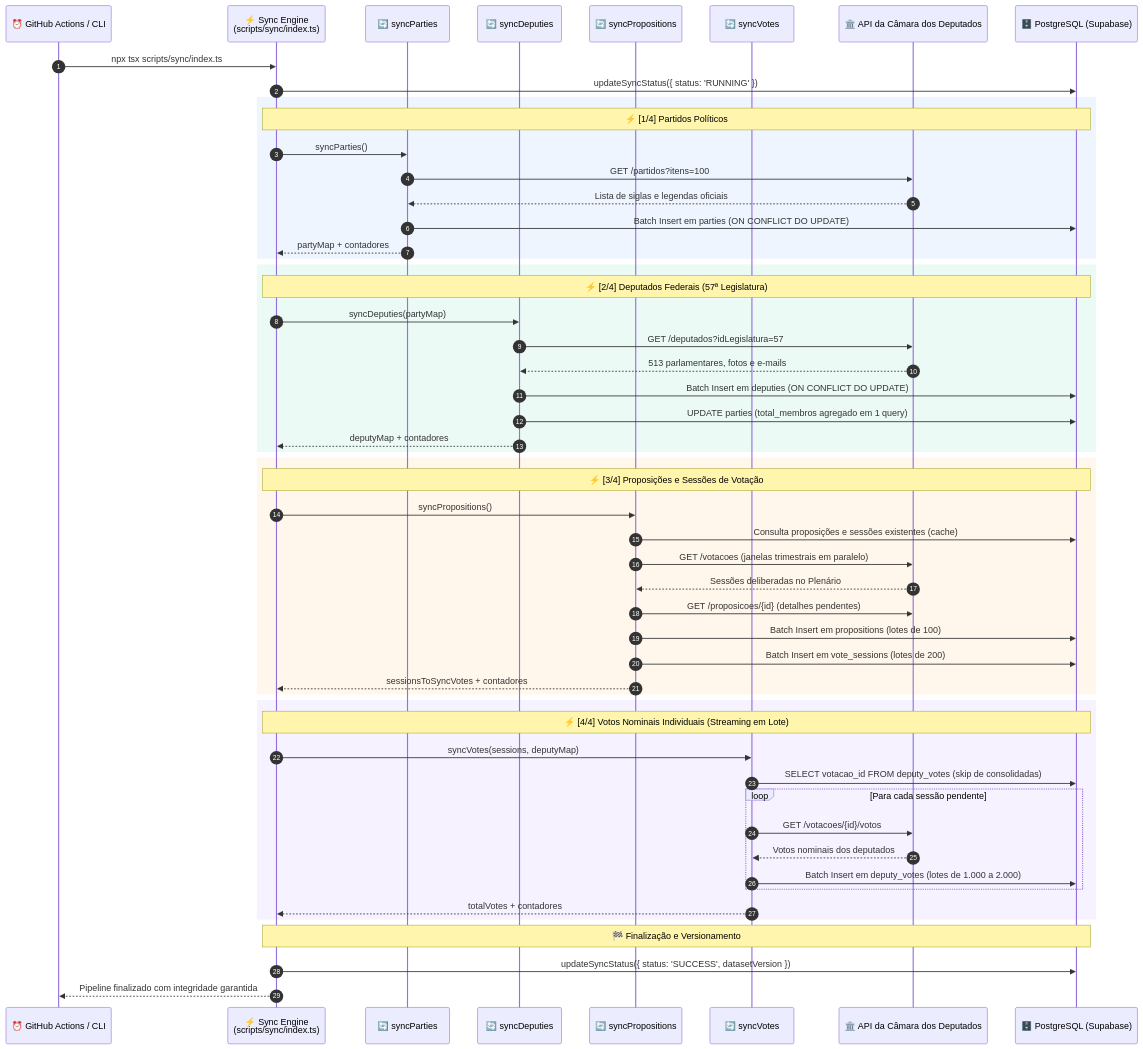
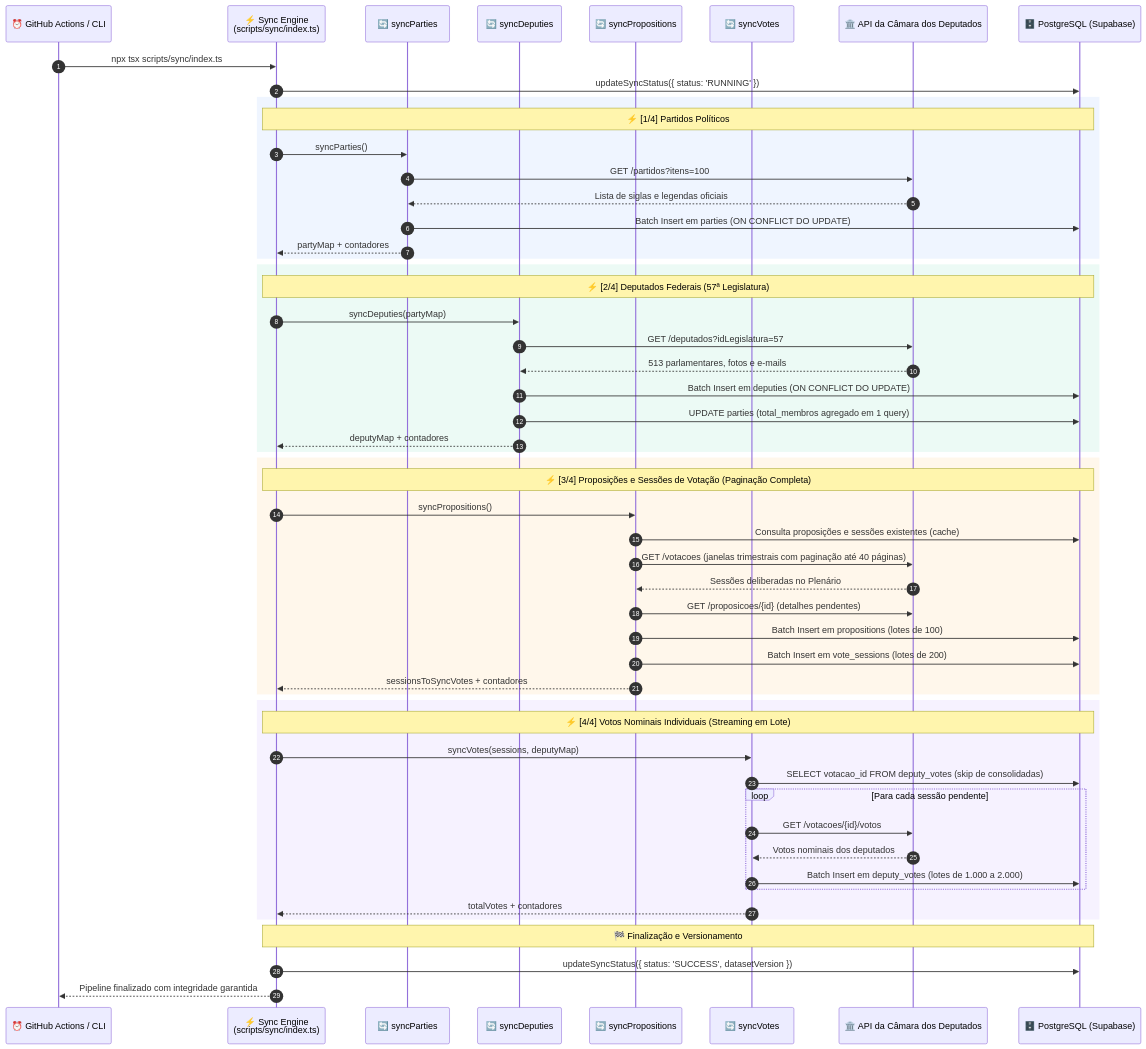
The fourth of 5 diagrams in README.md (didifive/legisvisao), drawn with Mermaid before and after one commit. The commit also changed other lines of this file and 12 other files, not shown here.

````diff
--- a/README.md
+++ b/README.md
@@ -162,62 +169,62 @@
 ```mermaid
 sequenceDiagram
     autonumber
     participant Cron as ⏰ GitHub Actions / CLI
     participant Engine as ⚡ Sync Engine<br/>(scripts/sync/index.ts)
     participant Parties as 🔄 syncParties
     participant Deputies as 🔄 syncDeputies
     participant Props as 🔄 syncPropositions
     participant Votes as 🔄 syncVotes
     participant Camara as 🏛️ API da Câmara dos Deputados
     participant DB as 🗄️ PostgreSQL (Supabase)
 
     Cron->>Engine: npx tsx scripts/sync/index.ts
     Engine->>DB: updateSyncStatus({ status: 'RUNNING' })
 
     rect rgb(59, 130, 246, 0.08)
     Note over Engine,DB: ⚡ [1/4] Partidos Políticos
     Engine->>Parties: syncParties()
     Parties->>Camara: GET /partidos?itens=100
     Camara-->>Parties: Lista de siglas e legendas oficiais
     Parties->>DB: Batch Insert em parties (ON CONFLICT DO UPDATE)
     Parties-->>Engine: partyMap + contadores
     end
 
     rect rgb(16, 185, 129, 0.08)
     Note over Engine,DB: ⚡ [2/4] Deputados Federais (57ª Legislatura)
     Engine->>Deputies: syncDeputies(partyMap)
     Deputies->>Camara: GET /deputados?idLegislatura=57
     Camara-->>Deputies: 513 parlamentares, fotos e e-mails
     Deputies->>DB: Batch Insert em deputies (ON CONFLICT DO UPDATE)
     Deputies->>DB: UPDATE parties (total_membros agregado em 1 query)
     Deputies-->>Engine: deputyMap + contadores
     end
 
     rect rgb(245, 158, 11, 0.08)
-    Note over Engine,DB: ⚡ [3/4] Proposições e Sessões de Votação
+    Note over Engine,DB: ⚡ [3/4] Proposições e Sessões de Votação (Paginação Completa)
     Engine->>Props: syncPropositions()
     Props->>DB: Consulta proposições e sessões existentes (cache)
-    Props->>Camara: GET /votacoes (janelas trimestrais em paralelo)
+    Props->>Camara: GET /votacoes (janelas trimestrais com paginação até 40 páginas)
     Camara-->>Props: Sessões deliberadas no Plenário
     Props->>Camara: GET /proposicoes/{id} (detalhes pendentes)
     Props->>DB: Batch Insert em propositions (lotes de 100)
     Props->>DB: Batch Insert em vote_sessions (lotes de 200)
     Props-->>Engine: sessionsToSyncVotes + contadores
     end
 
     rect rgb(139, 92, 246, 0.08)
     Note over Engine,DB: ⚡ [4/4] Votos Nominais Individuais (Streaming em Lote)
     Engine->>Votes: syncVotes(sessions, deputyMap)
     Votes->>DB: SELECT votacao_id FROM deputy_votes (skip de consolidadas)
     loop Para cada sessão pendente
         Votes->>Camara: GET /votacoes/{id}/votos
         Camara-->>Votes: Votos nominais dos deputados
         Votes->>DB: Batch Insert em deputy_votes (lotes de 1.000 a 2.000)
     end
     Votes-->>Engine: totalVotes + contadores
     end
 
     Note over Engine,DB: 🏁 Finalização e Versionamento
     Engine->>DB: updateSyncStatus({ status: 'SUCCESS', datasetVersion })
     Engine-->>Cron: Pipeline finalizado com integridade garantida
 ```
````
